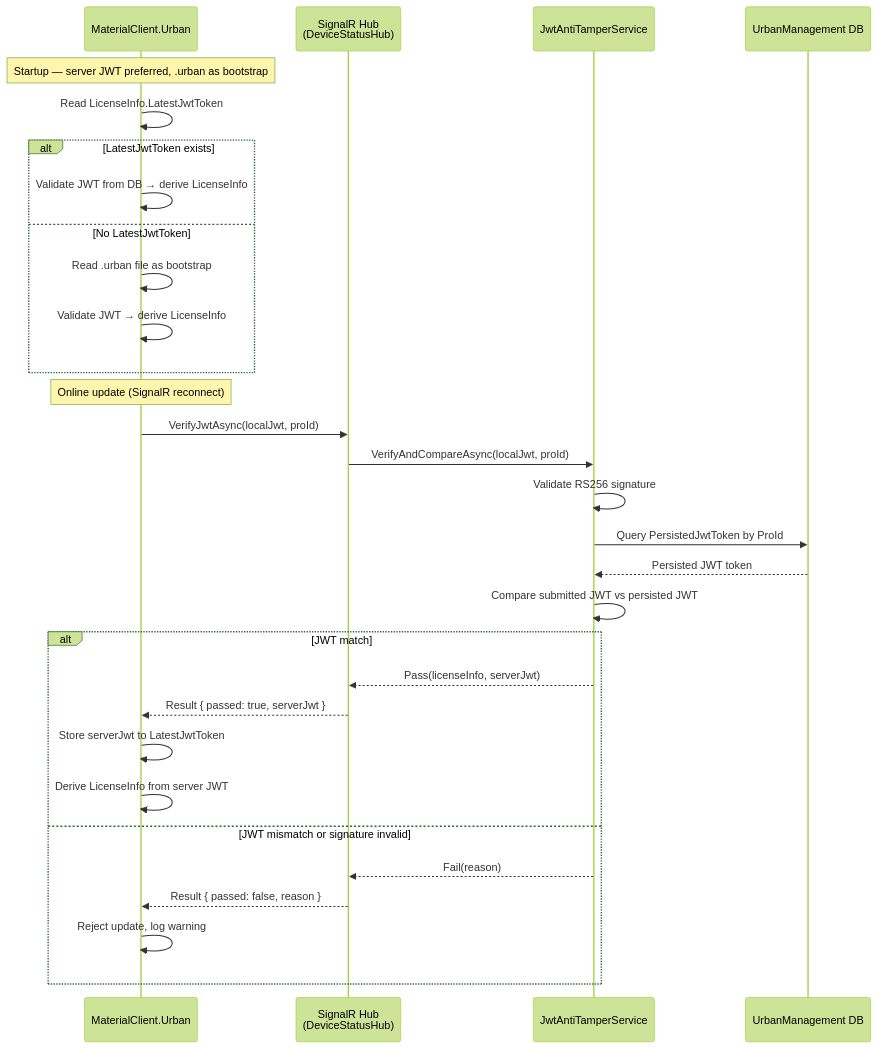
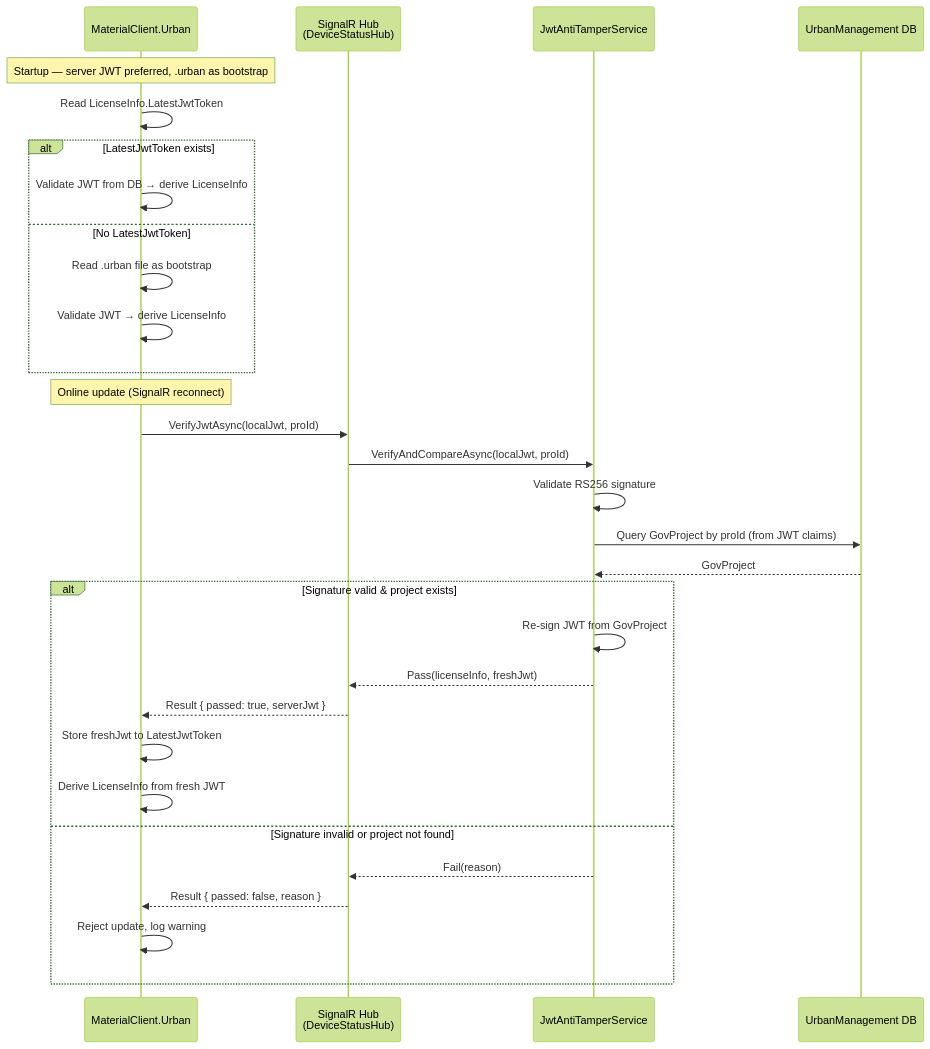
The diagram in openspec/changes/urban-auth-jwt-anti-tamper-persistence/proposal.md (feewillowherb/MaterialMonospec), drawn with Mermaid (forest theme) before and after one commit. The commit also changed other lines of this file and 5 other files, not shown here.

````diff
--- a/openspec/changes/urban-auth-jwt-anti-tamper-persistence/proposal.md
+++ b/openspec/changes/urban-auth-jwt-anti-tamper-persistence/proposal.md
@@ -41,34 +39,34 @@
 ```mermaid
 sequenceDiagram
     participant MC as MaterialClient.Urban
     participant SR as SignalR Hub<br/>(DeviceStatusHub)
     participant ATS as JwtAntiTamperService
     participant DB as UrbanManagement DB
 
     Note over MC: Startup — server JWT preferred, .urban as bootstrap
     MC->>MC: Read LicenseInfo.LatestJwtToken
     alt LatestJwtToken exists
         MC->>MC: Validate JWT from DB → derive LicenseInfo
     else No LatestJwtToken
         MC->>MC: Read .urban file as bootstrap
         MC->>MC: Validate JWT → derive LicenseInfo
     end
 
     Note over MC: Online update (SignalR reconnect)
     MC->>SR: VerifyJwtAsync(localJwt, proId)
     SR->>ATS: VerifyAndCompareAsync(localJwt, proId)
     ATS->>ATS: Validate RS256 signature
-    ATS->>DB: Query PersistedJwtToken by ProId
-    DB-->>ATS: Persisted JWT token
-    ATS->>ATS: Compare submitted JWT vs persisted JWT
-    alt JWT match
-        ATS-->>SR: Pass(licenseInfo, serverJwt)
+    ATS->>DB: Query GovProject by proId (from JWT claims)
+    DB-->>ATS: GovProject
+    alt Signature valid & project exists
+        ATS->>ATS: Re-sign JWT from GovProject
+        ATS-->>SR: Pass(licenseInfo, freshJwt)
         SR-->>MC: Result { passed: true, serverJwt }
-        MC->>MC: Store serverJwt to LatestJwtToken
-        MC->>MC: Derive LicenseInfo from server JWT
-    else JWT mismatch or signature invalid
+        MC->>MC: Store freshJwt to LatestJwtToken
+        MC->>MC: Derive LicenseInfo from fresh JWT
+    else Signature invalid or project not found
         ATS-->>SR: Fail(reason)
         SR-->>MC: Result { passed: false, reason }
         MC->>MC: Reject update, log warning
     end
 ```
````
